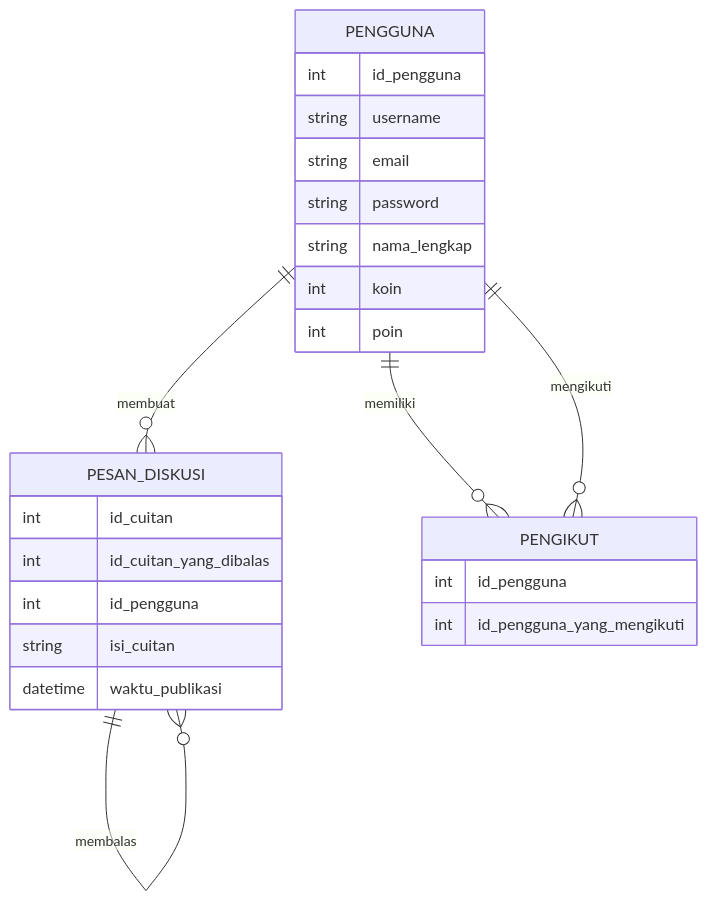
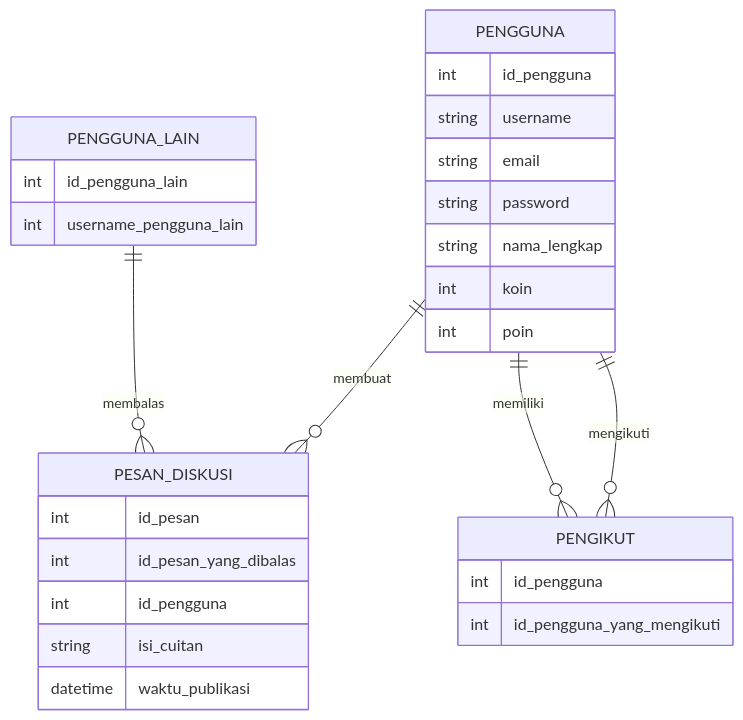
The diagram in job interview.MD (fahrizap/Kodein), drawn with Mermaid before and after one commit.

Commit message:
Update job interview.MD

````diff
--- a/job interview.MD
+++ b/job interview.MD
@@ -23,27 +23,31 @@
 ```mermaid
 erDiagram
   PENGGUNA {
     int id_pengguna 
     string username
     string email
     string password
     string nama_lengkap
     int koin
     int poin
   }
   PENGGUNA ||--o{ PESAN_DISKUSI : membuat
-  PESAN_DISKUSI ||--o{ PESAN_DISKUSI : membalas 
   PESAN_DISKUSI {
-    int id_cuitan
-    int id_cuitan_yang_dibalas
+    int id_pesan
+    int id_pesan_yang_dibalas
     int id_pengguna 
     string isi_cuitan 
     datetime waktu_publikasi 
   }
   PENGGUNA ||--o{ PENGIKUT : memiliki
   PENGGUNA ||--o{ PENGIKUT : mengikuti
   PENGIKUT {
     int id_pengguna
     int id_pengguna_yang_mengikuti
   }
+  PENGGUNA_LAIN ||--o{ PESAN_DISKUSI : membalas
+  PENGGUNA_LAIN {
+    int id_pengguna_lain
+    int username_pengguna_lain
+  }
 ```
````
